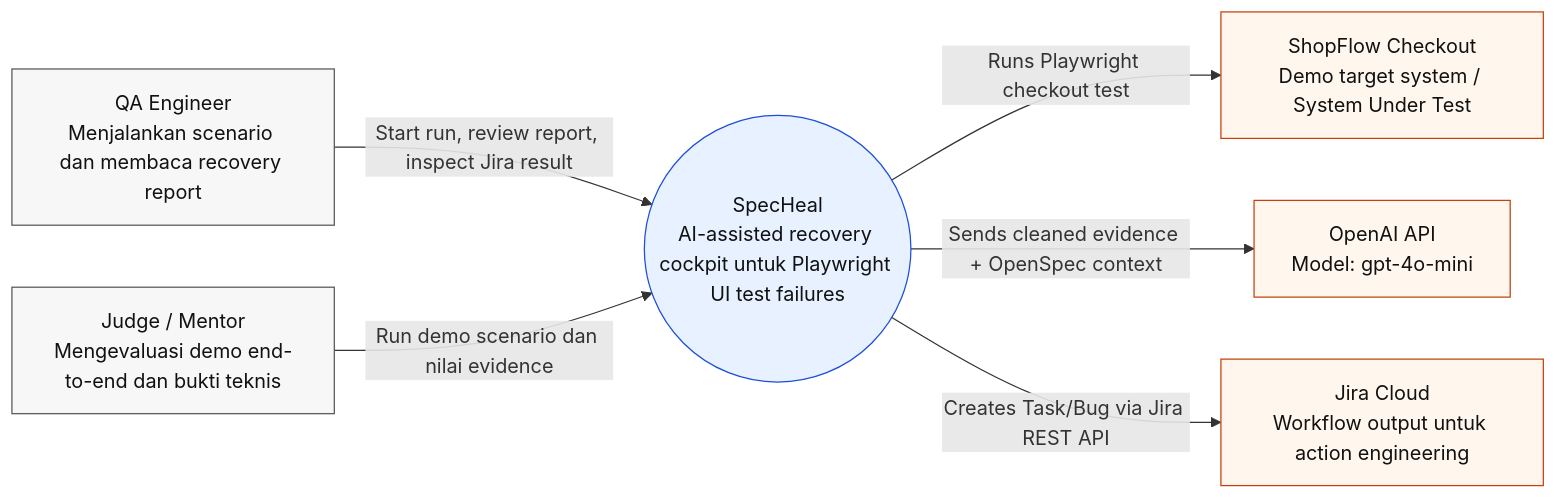
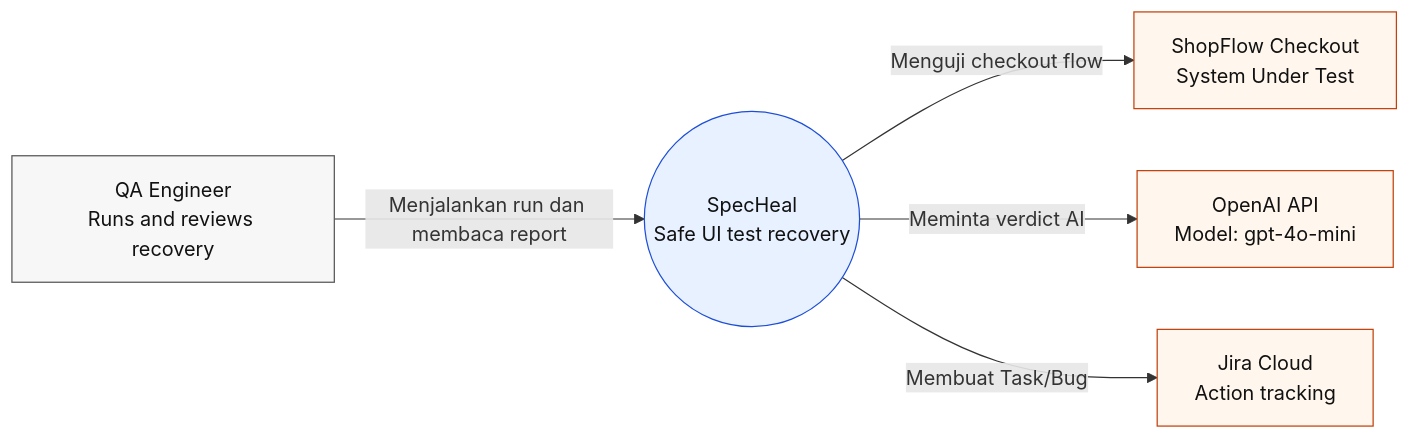
One commit to antech2-async/SpecHeal changed the first of 6 diagrams in docs/architecture-c4.md. Above: the diagram before and after it, drawn with Mermaid. The commit also changed other lines of this file and 2 other files, not shown here.

Commit message:
docs: refine C4 architecture diagrams

````diff
--- a/docs/architecture-c4.md
+++ b/docs/architecture-c4.md
@@ -32,25 +33,23 @@
 ```mermaid
 flowchart LR
-  qa["QA Engineer<br/>Menjalankan scenario dan membaca recovery report"]
-  judge["Judge / Mentor<br/>Mengevaluasi demo end-to-end dan bukti teknis"]
+  qa["QA Engineer<br/>Runs and reviews recovery"]
 
-  specheal(("SpecHeal<br/>AI-assisted recovery cockpit untuk Playwright UI test failures"))
+  specheal(("SpecHeal<br/>Safe UI test recovery"))
 
-  shopflow["ShopFlow Checkout<br/>Demo target system / System Under Test"]
+  shopflow["ShopFlow Checkout<br/>System Under Test"]
   openai["OpenAI API<br/>Model: gpt-4o-mini"]
-  jira["Jira Cloud<br/>Workflow output untuk action engineering"]
+  jira["Jira Cloud<br/>Action tracking"]
 
-  qa -->|"Start run, review report, inspect Jira result"| specheal
-  judge -->|"Run demo scenario dan nilai evidence"| specheal
-  specheal -->|"Runs Playwright checkout test"| shopflow
-  specheal -->|"Sends cleaned evidence + OpenSpec context"| openai
-  specheal -->|"Creates Task/Bug via Jira REST API"| jira
+  qa -->|"Menjalankan run dan membaca report"| specheal
+  specheal -->|"Menguji checkout flow"| shopflow
+  specheal -->|"Meminta verdict AI"| openai
+  specheal -->|"Membuat Task/Bug"| jira
 
   classDef person fill:#f7f7f7,stroke:#555,color:#111;
   classDef system fill:#e8f1ff,stroke:#1d4ed8,color:#111;
   classDef external fill:#fff7ed,stroke:#c2410c,color:#111;
 
-  class qa,judge person;
+  class qa person;
   class specheal system;
   class shopflow,openai,jira external;
 ```
````
